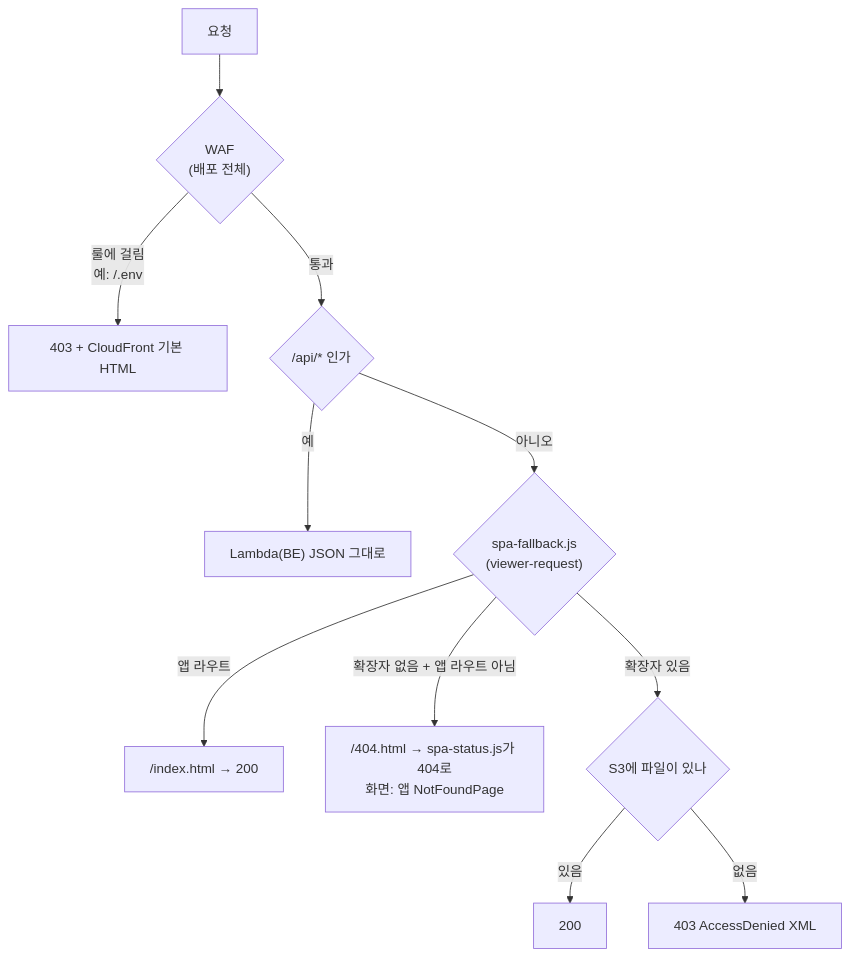
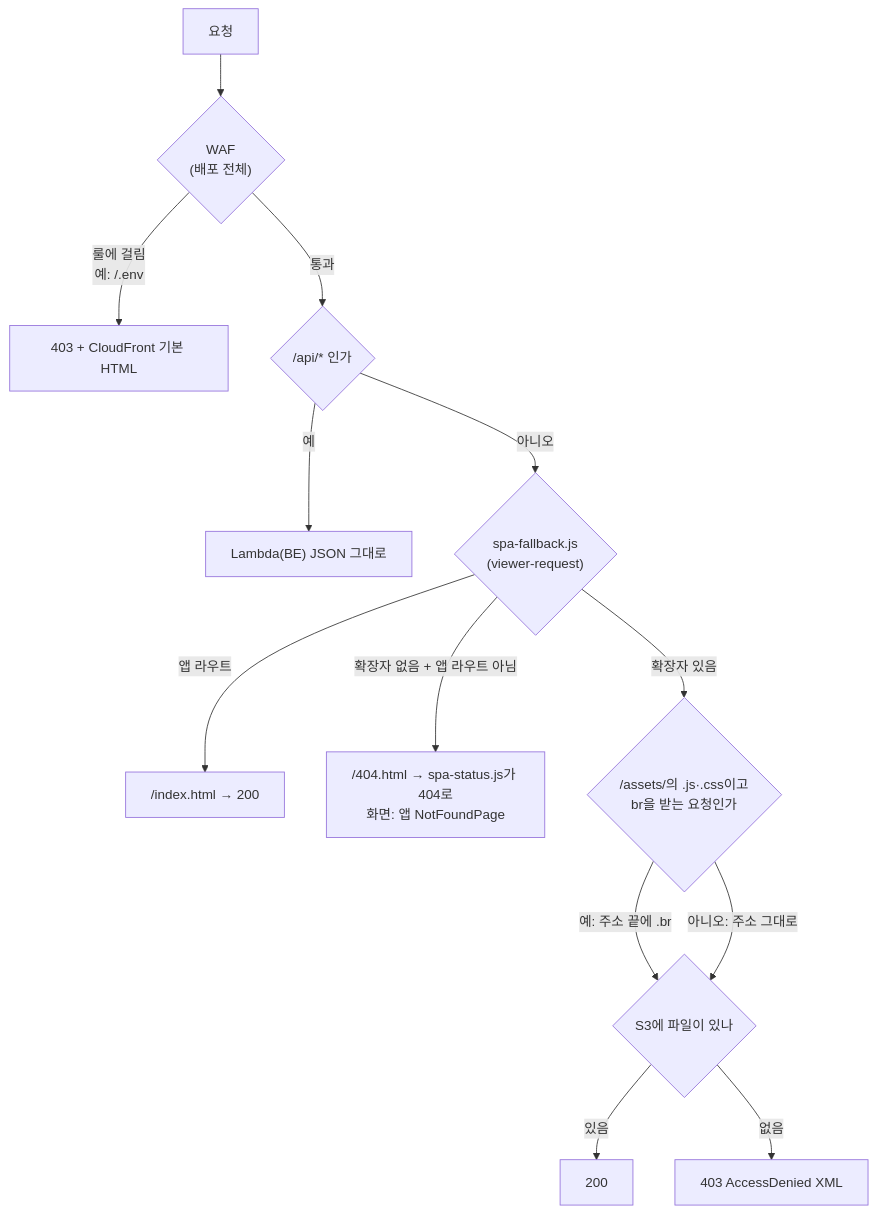
One commit to BAECHAN/link-sphere_FE_NEW changed the second of 4 diagrams in docs/DEPLOY.md. Above: the diagram before and after it, drawn with Mermaid. The commit also changed other lines of this file and 12 other files, not shown here.

````diff
--- a/docs/DEPLOY.md
+++ b/docs/DEPLOY.md
@@ -776,13 +819,15 @@
 ```mermaid
 flowchart TD
     R["요청"] --> W{"WAF<br/>(배포 전체)"}
     W -- "룰에 걸림<br/>예: /.env" --> WB["403 + CloudFront 기본 HTML"]
     W -- 통과 --> B{"/api/* 인가"}
     B -- 예 --> L["Lambda(BE) JSON 그대로"]
     B -- 아니오 --> F{"spa-fallback.js<br/>(viewer-request)"}
     F -- "앱 라우트" --> I["/index.html → 200"]
     F -- "확장자 없음 + 앱 라우트 아님" --> N["/404.html → spa-status.js가 404로<br/>화면: 앱 NotFoundPage"]
-    F -- "확장자 있음" --> S{"S3에 파일이 있나"}
+    F -- "확장자 있음" --> P{"/assets/의 .js·.css이고<br/>br을 받는 요청인가"}
+    P -- "예: 주소 끝에 .br" --> S{"S3에 파일이 있나"}
+    P -- "아니오: 주소 그대로" --> S
     S -- 있음 --> OK["200"]
     S -- 없음 --> X["403 AccessDenied XML"]
 ```
````
